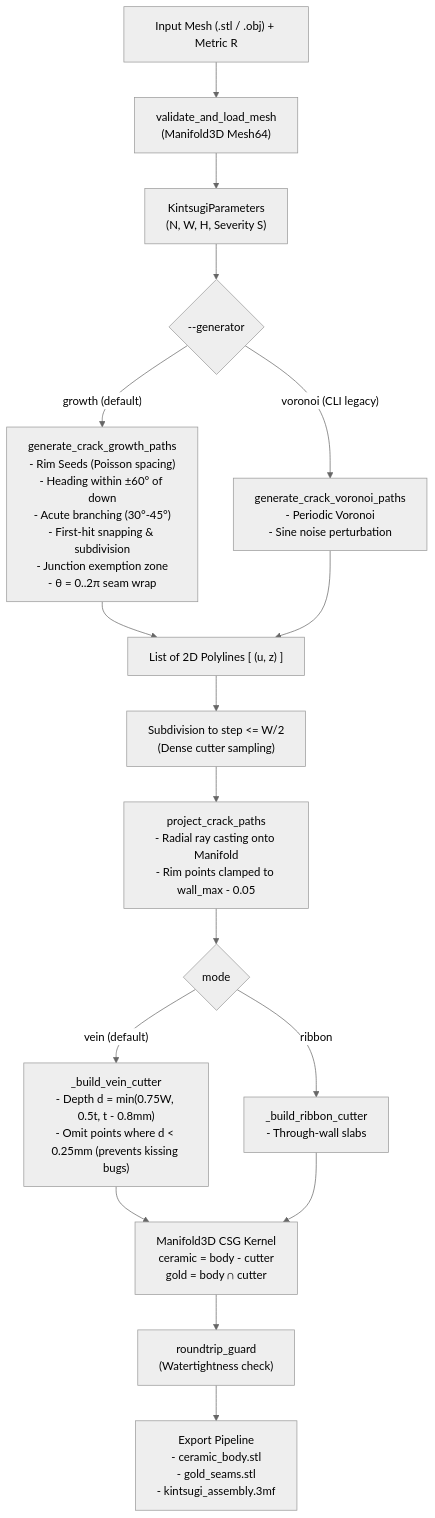
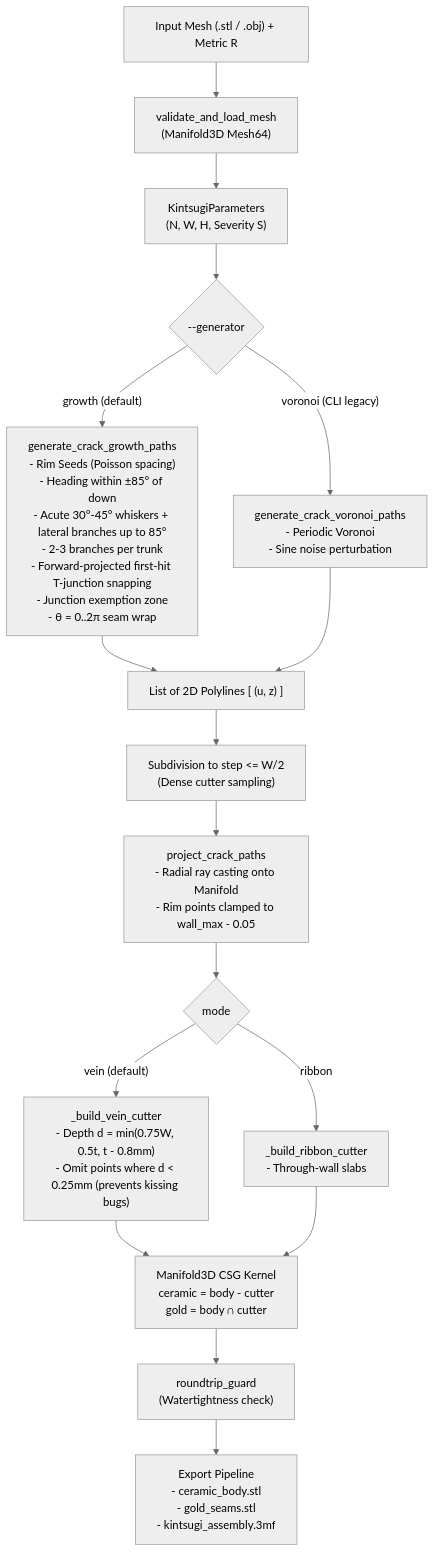
One commit to slowbutfast/kintsugi-fracture changed the diagram in openspec/changes/kintsugi-crack-growth/architecture.md. Above: the diagram before and after it, drawn with Mermaid (neutral theme). The commit also changed other lines of this file and 6 other files, not shown here.

````diff
--- a/openspec/changes/kintsugi-crack-growth/architecture.md
+++ b/openspec/changes/kintsugi-crack-growth/architecture.md
@@ -13,21 +13,21 @@
 ```mermaid
 flowchart TD
     A["Input Mesh (.stl / .obj) + Metric R"] --> B["validate_and_load_mesh<br/>(Manifold3D Mesh64)"]
     B --> C["KintsugiParameters<br/>(N, W, H, Severity S)"]
     
     C --> D{"--generator"}
-    D -->|"growth (default)"| E["generate_crack_growth_paths<br/>- Rim Seeds (Poisson spacing)<br/>- Heading within ±60° of down<br/>- Acute branching (30°-45°)<br/>- First-hit snapping & subdivision<br/>- Junction exemption zone<br/>- θ = 0..2π seam wrap"]
+    D -->|"growth (default)"| E["generate_crack_growth_paths<br/>- Rim Seeds (Poisson spacing)<br/>- Heading within ±85° of down<br/>- Acute 30°-45° whiskers + lateral branches up to 85°<br/>- 2-3 branches per trunk<br/>- Forward-projected first-hit T-junction snapping<br/>- Junction exemption zone<br/>- θ = 0..2π seam wrap"]
     D -->|"voronoi (CLI legacy)"| F["generate_crack_voronoi_paths<br/>- Periodic Voronoi<br/>- Sine noise perturbation"]
     
     E & F --> G["List of 2D Polylines [ (u, z) ]"]
     G --> H["Subdivision to step <= W/2<br/>(Dense cutter sampling)"]
     H --> I["project_crack_paths<br/>- Radial ray casting onto Manifold<br/>- Rim points clamped to wall_max - 0.05"]
     I --> J{"mode"}
     
     J -->|"vein (default)"| K["_build_vein_cutter<br/>- Depth d = min(0.75W, 0.5t, t - 0.8mm)<br/>- Omit points where d < 0.25mm (prevents kissing bugs)"]
     J -->|"ribbon"| L["_build_ribbon_cutter<br/>- Through-wall slabs"]
     
     K & L --> M["Manifold3D CSG Kernel<br/>ceramic = body - cutter<br/>gold = body ∩ cutter"]
     M --> N["roundtrip_guard<br/>(Watertightness check)"]
     N --> O["Export Pipeline<br/>- ceramic_body.stl<br/>- gold_seams.stl<br/>- kintsugi_assembly.3mf"]
 ```
````
